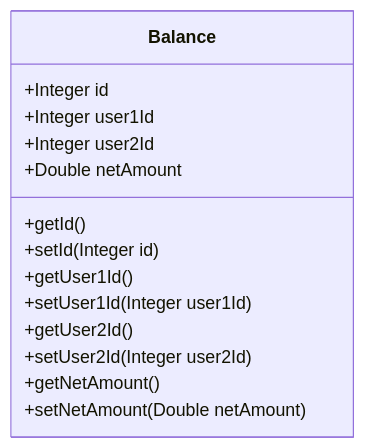
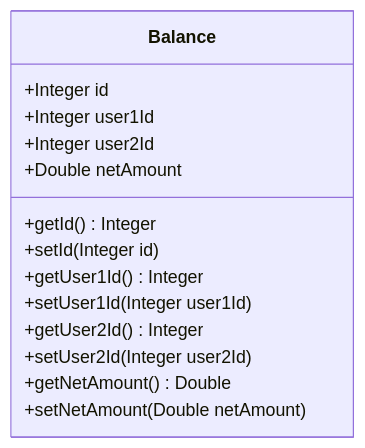
The first of 4 diagrams in class_diagrams/balance_classes.md (UniOfGreenwich/elee1149-coursework--team-chlk), drawn with Mermaid before and after one commit. The commit also changed other lines of this file, not shown here.

````diff
--- a/class_diagrams/balance_classes.md
+++ b/class_diagrams/balance_classes.md
@@ -2,15 +2,17 @@
 ```mermaid
 classDiagram
-Balance: +Integer id
-Balance: +Integer user1Id
-Balance: +Integer user2Id
-Balance: +Double netAmount
-Balance: +getId()
-Balance: +setId(Integer id)
-Balance: +getUser1Id()
-Balance: +setUser1Id(Integer user1Id)
-Balance: +getUser2Id()
-Balance: +setUser2Id(Integer user2Id)
-Balance: +getNetAmount()
-Balance: +setNetAmount(Double netAmount)
+class Balance {
+    +Integer id
+    +Integer user1Id
+    +Integer user2Id
+    +Double netAmount
+    +getId() Integer
+    +setId(Integer id)
+    +getUser1Id() Integer
+    +setUser1Id(Integer user1Id)
+    +getUser2Id() Integer
+    +setUser2Id(Integer user2Id)
+    +getNetAmount() Double
+    +setNetAmount(Double netAmount)
+}
 ```
````
